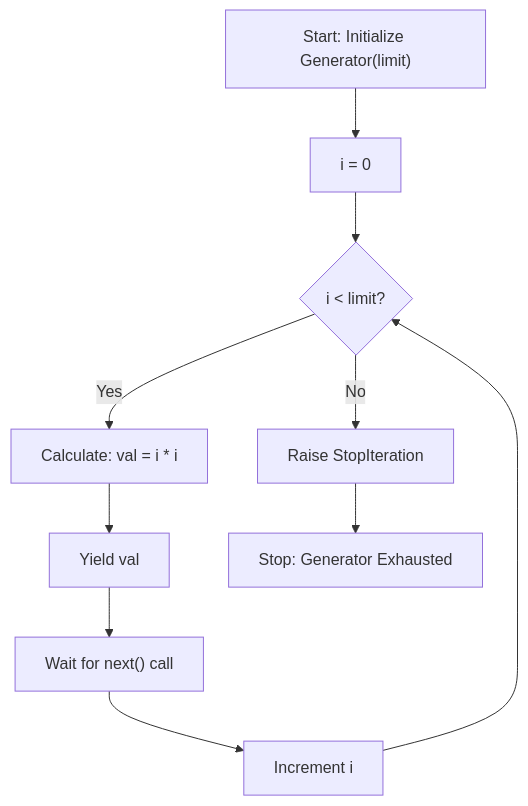
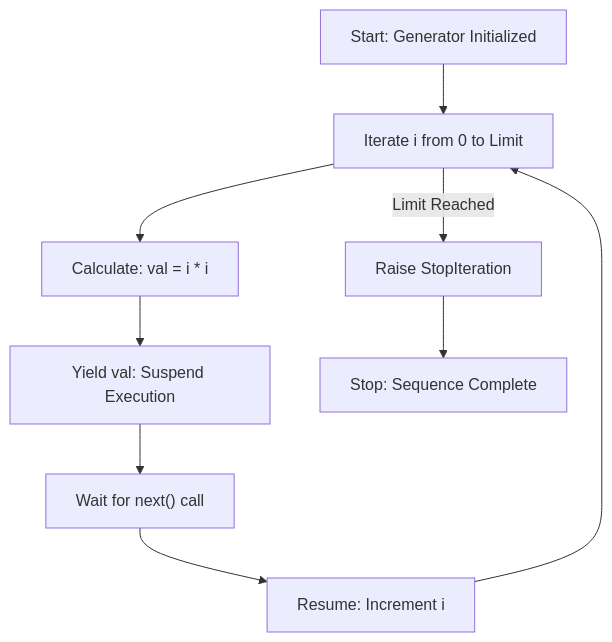
Before and after one commit to Amey-Thakur/PYTHON-SHORTS: the first of 2 diagrams in Source Code/Square of Sequence/README.md, drawn with Mermaid. The commit also changed other lines of this file and 1 other file, not shown here.

Commit message:
Python Shorts

````diff
--- a/Source Code/Square of Sequence/README.md
+++ b/Source Code/Square of Sequence/README.md
@@ -48,12 +51,11 @@
 ```mermaid
-graph TD
-    A["Start: Initialize Generator(limit)"] --> B["i = 0"]
-    B --> C{"i < limit?"}
-    C -- Yes --> D["Calculate: val = i * i"]
-    D --> E["Yield val"]
-    E --> F["Wait for next() call"]
-    F --> G["Increment i"]
-    G --> C
-    C -- No --> H["Raise StopIteration"]
-    H --> I["Stop: Generator Exhausted"]
+flowchart TD
+    A["Start: Generator Initialized"] --> B["Iterate i from 0 to Limit"]
+    B --> C["Calculate: val = i * i"]
+    C --> D["Yield val: Suspend Execution"]
+    D --> E["Wait for next() call"]
+    E --> F["Resume: Increment i"]
+    F --> B
+    B -- "Limit Reached" --> G["Raise StopIteration"]
+    G --> H["Stop: Sequence Complete"]
 ```
````
